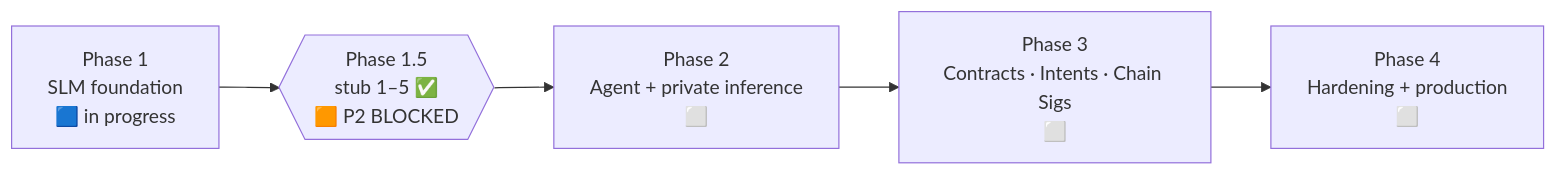
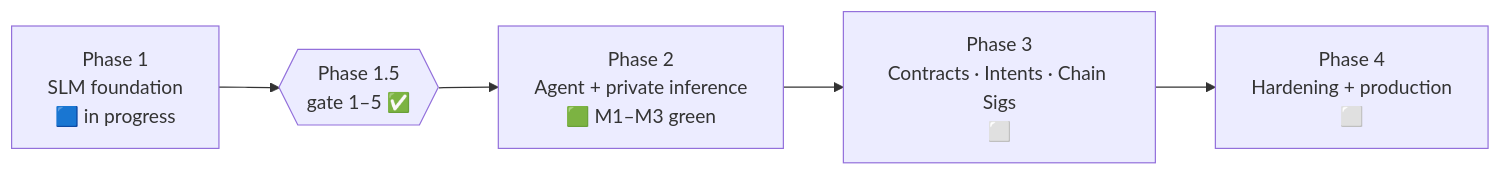
The fourth of 4 diagrams in README.md (9lordisgod/salomon), drawn with Mermaid before and after one commit. The commit also changed other lines of this file and 2 other files, not shown here.

Commit message:
docs: README Phase 2 in-progress refresh + root links to docs/ (11/12)

````diff
--- a/README.md
+++ b/README.md
@@ -108,7 +108,7 @@
 ```mermaid
 flowchart LR
-  P1["Phase 1<br/>SLM foundation<br/>🟦 in progress"] --> G{{"Phase 1.5<br/>stub 1–5 ✅<br/>🟧 P2 BLOCKED"}}
-  G --> P2["Phase 2<br/>Agent + private inference<br/>⬜"]
+  P1["Phase 1<br/>SLM foundation<br/>🟦 in progress"] --> G{{"Phase 1.5<br/>gate 1–5 ✅"}}
+  G --> P2["Phase 2<br/>Agent + private inference<br/>🟩 M1–M3 green"]
   P2 --> P3["Phase 3<br/>Contracts · Intents · Chain Sigs<br/>⬜"]
   P3 --> P4["Phase 4<br/>Hardening + production<br/>⬜"]
 ```
````
